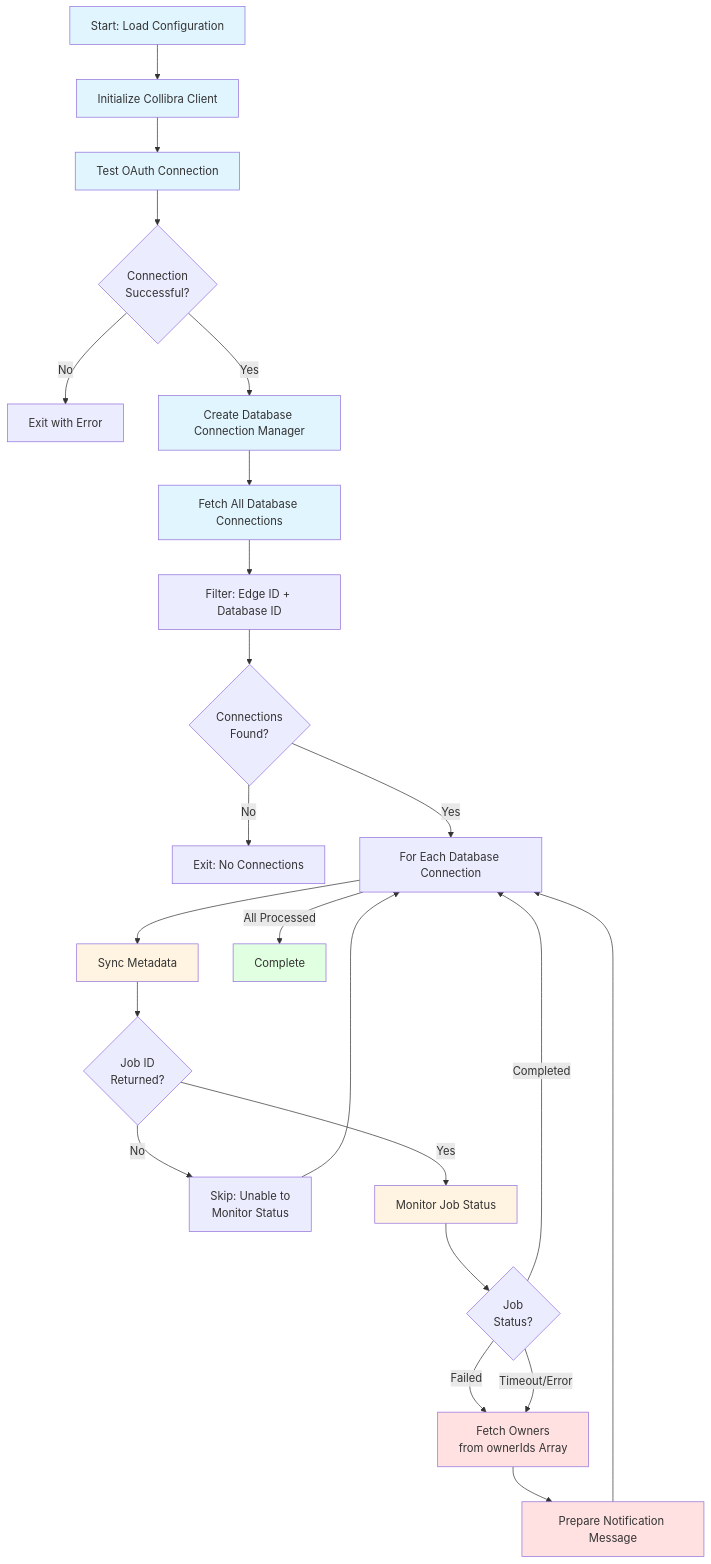
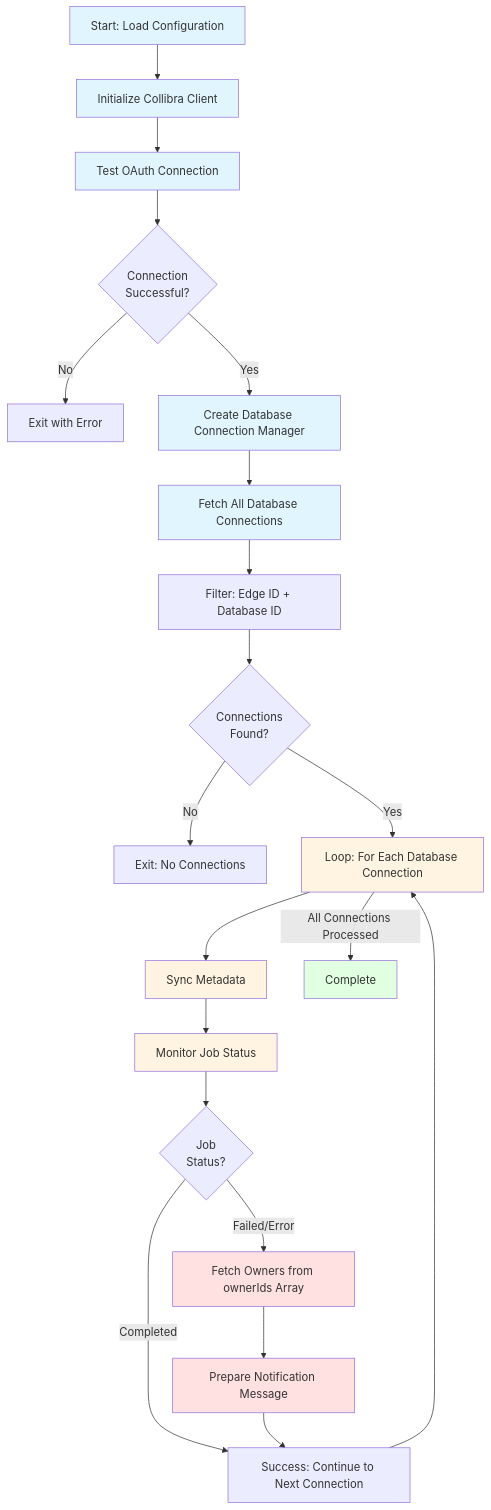
The diagram in Test Connections - Database - Collibra/README.md (arnauudG/Collibra-Repository---Automations), drawn with Mermaid before and after one commit.

````diff
--- a/Test Connections - Database - Collibra/README.md
+++ b/Test Connections - Database - Collibra/README.md
@@ -49,36 +49,36 @@
 ```mermaid
 flowchart TD
     A[Start: Load Configuration] --> B[Initialize Collibra Client]
     B --> C[Test OAuth Connection]
     C --> D{Connection<br/>Successful?}
     D -->|No| E[Exit with Error]
     D -->|Yes| F[Create Database Connection Manager]
     F --> G[Fetch All Database Connections]
     G --> H[Filter: Edge ID + Database ID]
     H --> I{Connections<br/>Found?}
     I -->|No| J[Exit: No Connections]
-    I -->|Yes| K[For Each Database Connection]
+    I -->|Yes| K[Loop: For Each Database Connection]
+    
     K --> L[Sync Metadata]
-    L --> M{Job ID<br/>Returned?}
-    M -->|No| N[Skip: Unable to<br/>Monitor Status]
-    M -->|Yes| O[Monitor Job Status]
-    O --> P{Job<br/>Status?}
-    P -->|Completed| K
-    P -->|Failed| R[Fetch Owners<br/>from ownerIds Array]
-    P -->|Timeout/Error| R
-    R --> T[Prepare Notification Message]
-    T --> K
-    N --> K
-    K -->|All Processed| Z[Complete]
+    L --> M[Monitor Job Status]
+    M --> N{Job<br/>Status?}
+    N -->|Completed| O[Success: Continue to Next Connection]
+    N -->|Failed/Error| P[Fetch Owners from ownerIds Array]
+    P --> Q[Prepare Notification Message]
+    Q --> O
+    O --> K
+    
+    K -->|All Connections Processed| Z[Complete]
     
     style A fill:#e1f5ff
     style B fill:#e1f5ff
     style C fill:#e1f5ff
     style F fill:#e1f5ff
     style G fill:#e1f5ff
+    style K fill:#fff4e1
     style L fill:#fff4e1
-    style O fill:#fff4e1
-    style R fill:#ffe1e1
-    style T fill:#ffe1e1
+    style M fill:#fff4e1
+    style P fill:#ffe1e1
+    style Q fill:#ffe1e1
     style Z fill:#e1ffe1
 ```
````
